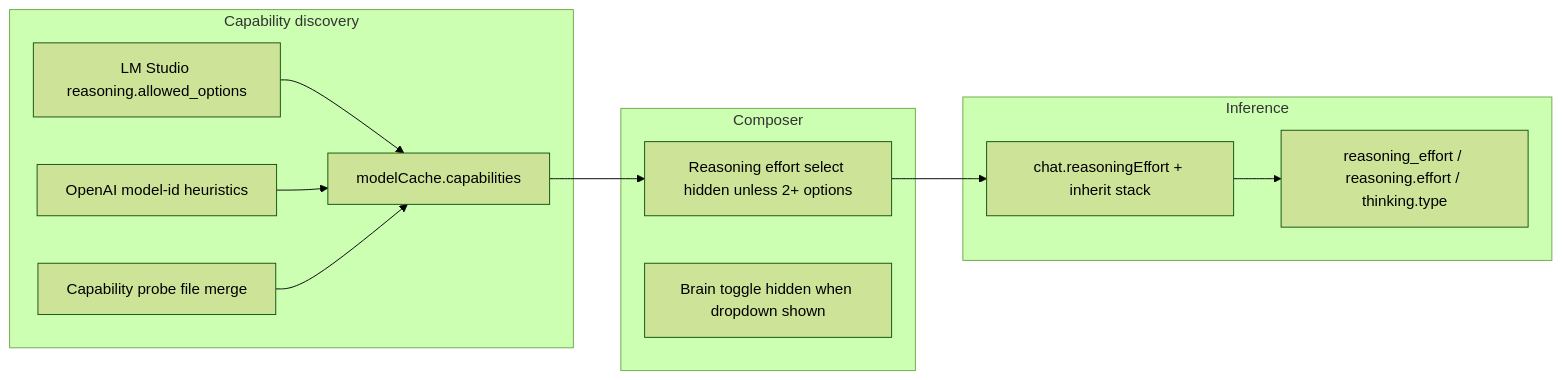
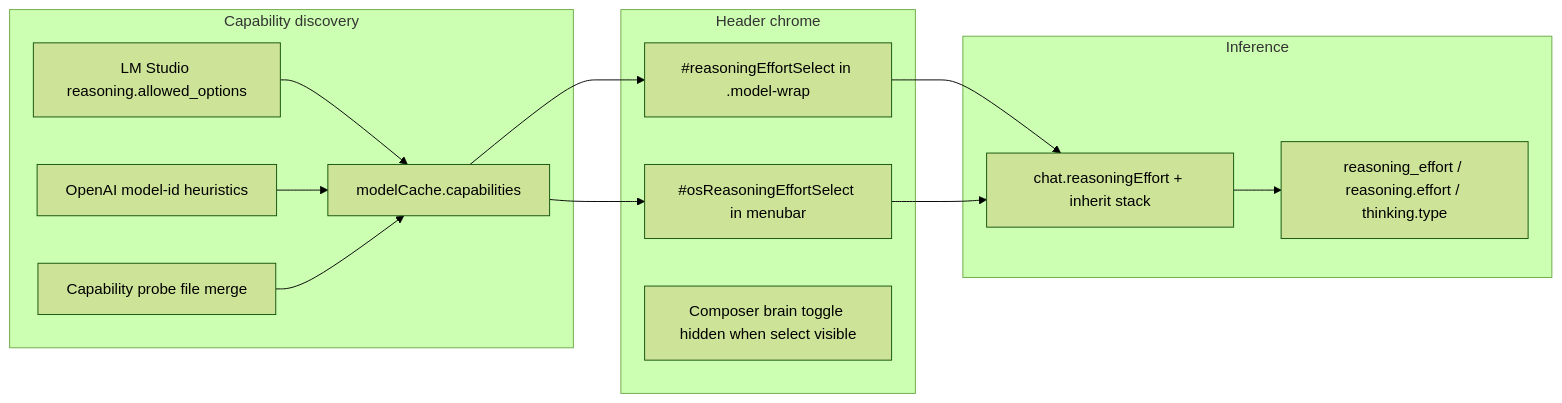
The diagram in documentation/plans/model-reasoning-effort-dropdown.md (DukkyGames/Minnow), drawn with Mermaid (forest theme) before and after one commit. The commit also changed other lines of this file and 5 other files, not shown here.

````diff
--- a/documentation/plans/model-reasoning-effort-dropdown.md
+++ b/documentation/plans/model-reasoning-effort-dropdown.md
@@ -33,22 +38,25 @@
 ```mermaid
 flowchart LR
   subgraph catalog [Capability discovery]
     LM["LM Studio reasoning.allowed_options"]
     OAI["OpenAI model-id heuristics"]
     Probe["Capability probe file merge"]
     LM --> Caps["modelCache.capabilities"]
     OAI --> Caps
     Probe --> Caps
   end
-  subgraph ui [Composer]
-    Drop["Reasoning effort select hidden unless 2+ options"]
-    Brain["Brain toggle hidden when dropdown shown"]
+  subgraph ui [Header chrome]
+    TopBar["#reasoningEffortSelect in .model-wrap"]
+    Menubar["#osReasoningEffortSelect in menubar"]
+    Brain["Composer brain toggle hidden when select visible"]
   end
   subgraph send [Inference]
     Effort["chat.reasoningEffort + inherit stack"]
     Body["reasoning_effort / reasoning.effort / thinking.type"]
     Effort --> Body
   end
-  Caps --> Drop
-  Drop --> Effort
+  Caps --> TopBar
+  Caps --> Menubar
+  TopBar --> Effort
+  Menubar --> Effort
 ```
````
